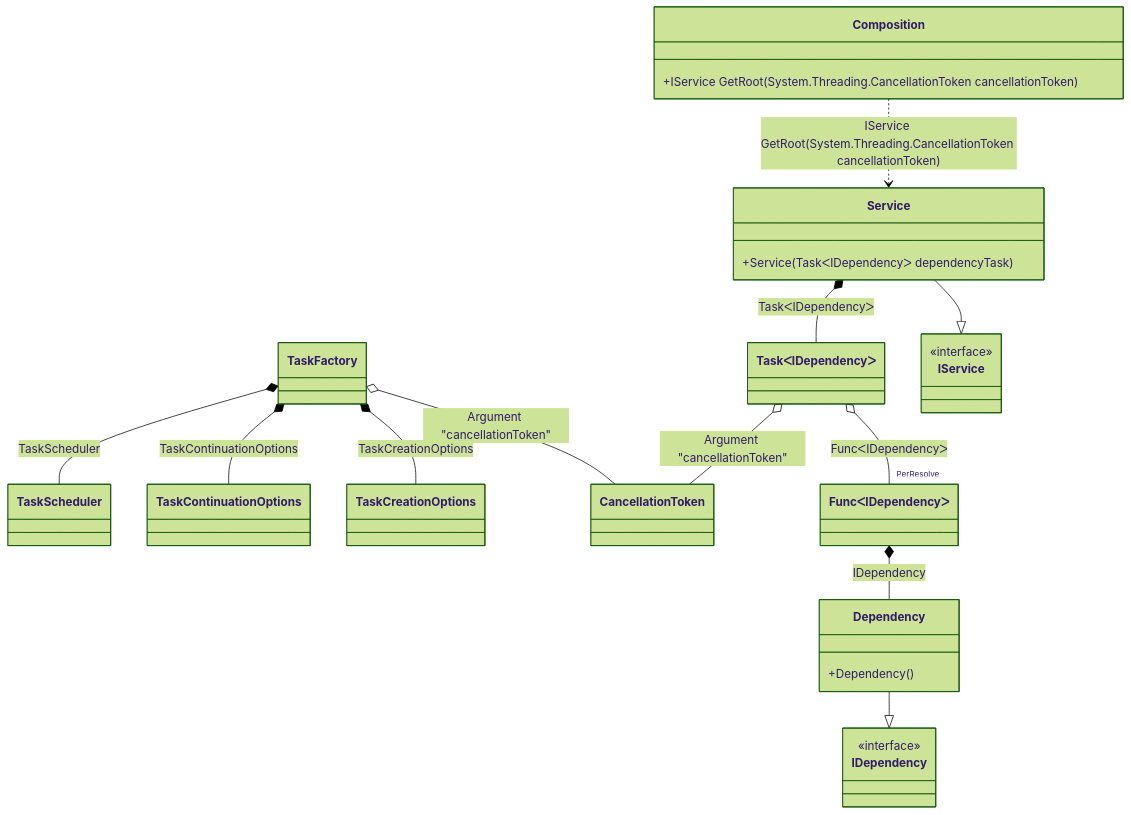
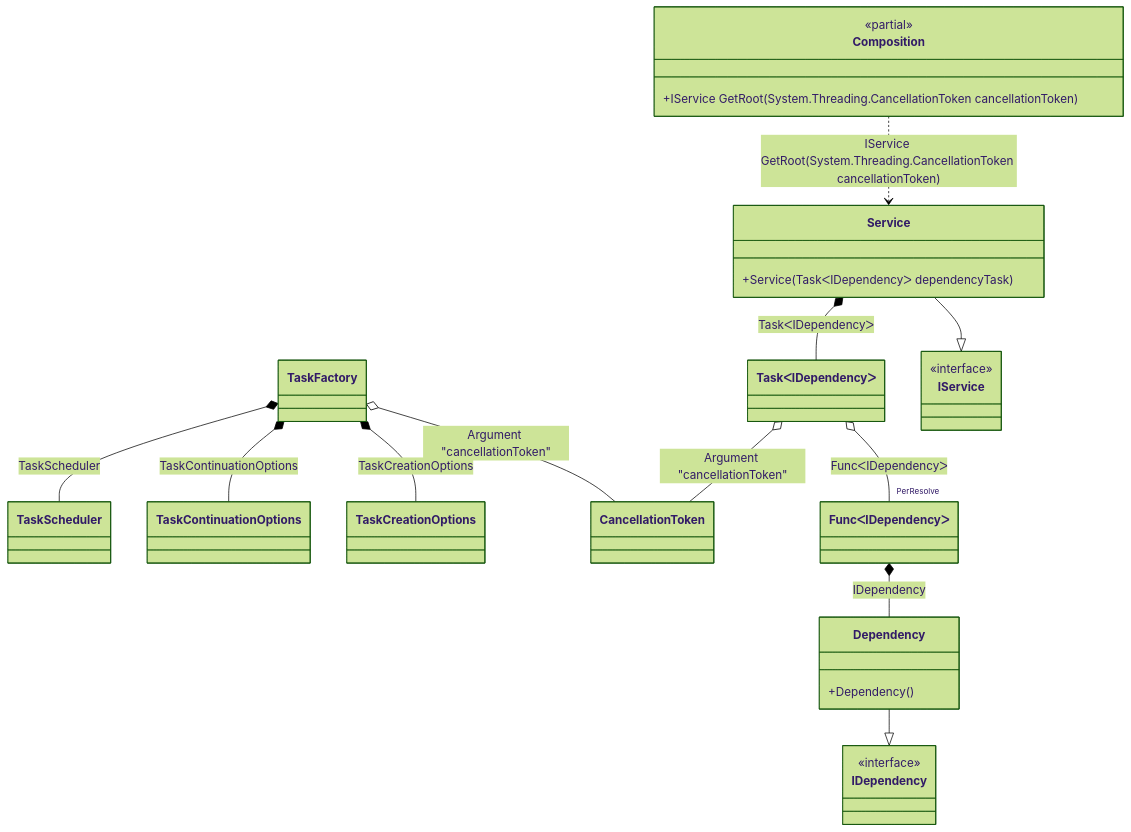
One commit to DevTeam/Pure.DI changed the diagram in readme/manually-started-tasks.md. Above: the diagram before and after it, drawn with Mermaid (forest theme). The commit also changed 74 other files, not shown here.

Commit message:
Improved class diagram

````diff
--- a/readme/manually-started-tasks.md
+++ b/readme/manually-started-tasks.md
@@ -72,33 +72,34 @@
 ```mermaid
 classDiagram
 	class Composition {
+		<<partial>>
 		+IService GetRoot(System.Threading.CancellationToken cancellationToken)
 	}
 	class TaskFactory
 	class CancellationToken
 	Dependency --|> IDependency : 
 	class Dependency {
 		+Dependency()
 	}
 	Service --|> IService : 
 	class Service {
 		+Service(TaskᐸIDependencyᐳ dependencyTask)
 	}
 	class TaskᐸIDependencyᐳ
 	class FuncᐸIDependencyᐳ
 	class IDependency {
 		<<interface>>
 	}
 	class IService {
 		<<interface>>
 	}
 	TaskFactory o-- CancellationToken : Argument "cancellationToken"
 	TaskFactory *--  TaskCreationOptions : TaskCreationOptions
 	TaskFactory *--  TaskContinuationOptions : TaskContinuationOptions
 	TaskFactory *--  TaskScheduler : TaskScheduler
 	Service *--  TaskᐸIDependencyᐳ : TaskᐸIDependencyᐳ
 	Composition ..> Service : IService GetRoot(System.Threading.CancellationToken cancellationToken)
-	TaskᐸIDependencyᐳ o--  "PerResolve" FuncᐸIDependencyᐳ : FuncᐸIDependencyᐳ
+	TaskᐸIDependencyᐳ o-- "PerResolve" FuncᐸIDependencyᐳ : FuncᐸIDependencyᐳ
 	TaskᐸIDependencyᐳ o-- CancellationToken : Argument "cancellationToken"
 	FuncᐸIDependencyᐳ *--  Dependency : IDependency
 ```
````
